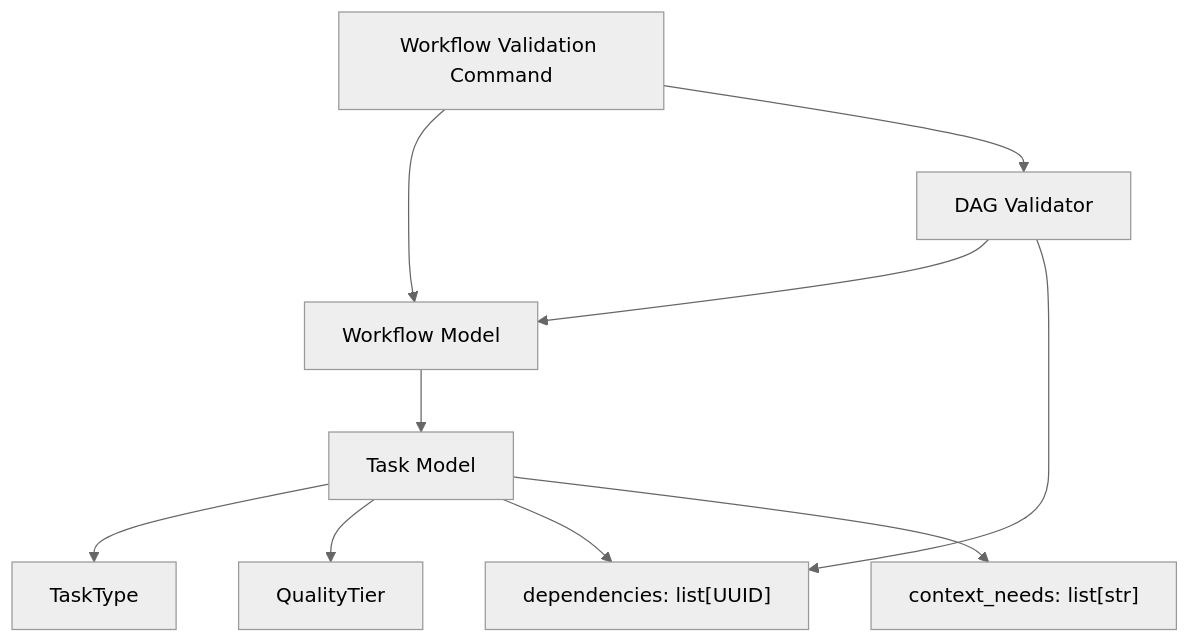
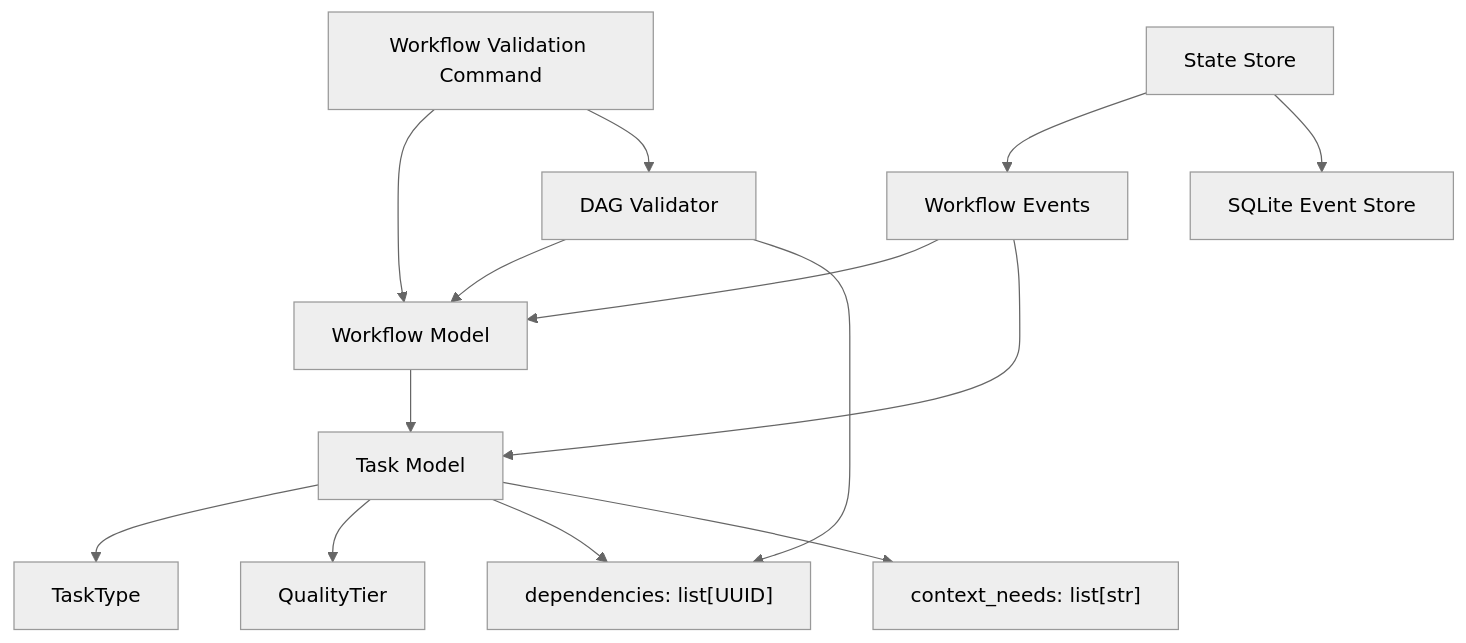
The diagram in docs/05_Components.md (knishkarora/Ather-OS), drawn with Mermaid (neutral theme) before and after one commit. The commit also changed other lines of this file and 22 other files, not shown here.

````diff
--- a/docs/05_Components.md
+++ b/docs/05_Components.md
@@ -126,12 +139,16 @@
 ```mermaid
 flowchart TD
     Workflow["Workflow Model"] --> Task["Task Model"]
     Task --> TaskType["TaskType"]
     Task --> QualityTier["QualityTier"]
     Task --> Dependencies["dependencies: list[UUID]"]
     Task --> ContextNeeds["context_needs: list[str]"]
     Validator["DAG Validator"] --> Workflow
     Validator --> Dependencies
     Command["Workflow Validation Command"] --> Workflow
     Command --> Validator
+    StateStore["State Store"] --> Events["Workflow Events"]
+    StateStore --> SQLite["SQLite Event Store"]
+    Events --> Workflow
+    Events --> Task
 ```
````
